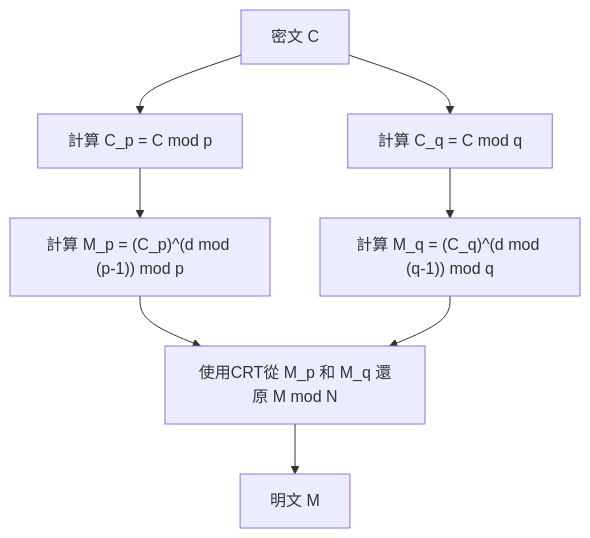
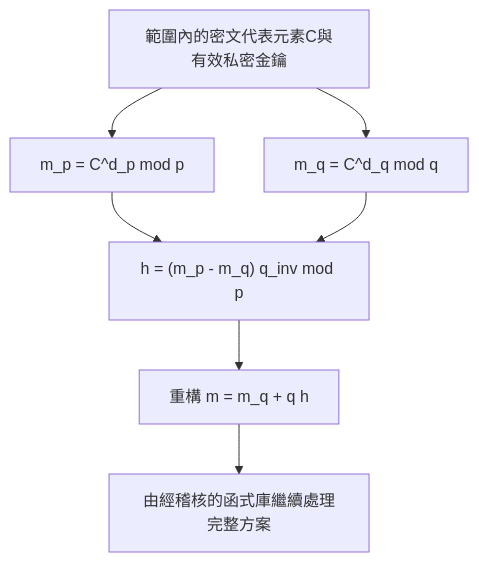
Before and after one commit to kenjinote/blog: the diagram in content/post/chinese-remainder-theorem/index.zh-tw.md, drawn with Mermaid. The commit also changed other lines of this file and 7 other files, not shown here.

````diff
--- a/content/post/chinese-remainder-theorem/index.zh-tw.md
+++ b/content/post/chinese-remainder-theorem/index.zh-tw.md
@@ -128,10 +133,9 @@
 ```mermaid
-graph TD
-    A["密文 C"] --> B["計算 C_p = C mod p"]
-    A --> C["計算 C_q = C mod q"]
-    B --> D["計算 M_p = (C_p)^(d mod (p-1)) mod p"]
-    C --> E["計算 M_q = (C_q)^(d mod (q-1)) mod q"]
-    D --> F["使用CRT從 M_p 和 M_q 還原 M mod N"]
-    E --> F
-    F --> G["明文 M"]
+flowchart TD
+    A["範圍內的密文代表元素C與有效私密金鑰"] --> B["m_p = C^d_p mod p"]
+    A --> C["m_q = C^d_q mod q"]
+    B --> D["h = (m_p - m_q) q_inv mod p"]
+    C --> D
+    D --> E["重構 m = m_q + q h"]
+    E --> F["由經稽核的函式庫繼續處理完整方案"]
 ```
````
